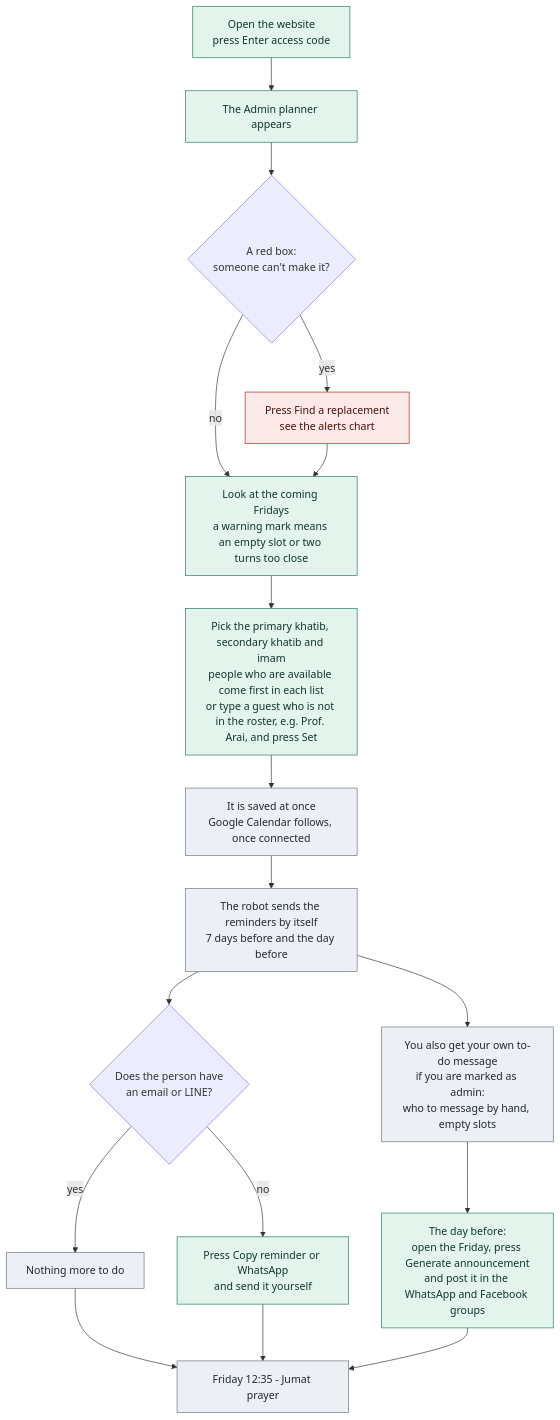
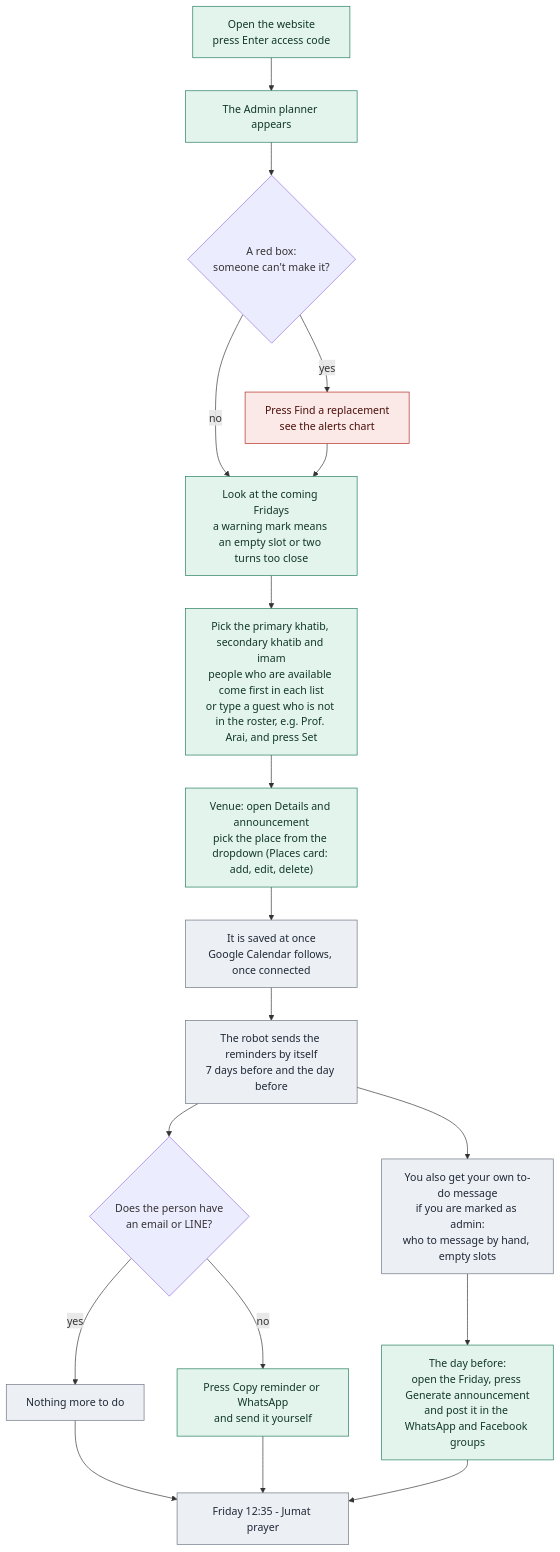
The diagram in public/flows/admin-week.mmd (mushaffarasyidridha/Jumat-Scheduler-NAIST), drawn with Mermaid before and after one commit. The commit also changed 18 other files, not shown here.

First line of the commit message:
Places: add, edit and delete the venues, and pick them from a dropdown

```diff
--- a/public/flows/admin-week.mmd
+++ b/public/flows/admin-week.mmd
@@ -1,24 +1,25 @@
 flowchart TD
   A["Open the website<br/>press Enter access code"] --> B["The Admin planner appears"]
   B --> C{"A red box:<br/>someone can't make it?"}
   C -->|"yes"| C1["Press Find a replacement<br/>see the alerts chart"]
   C -->|"no"| D
   C1 --> D["Look at the coming Fridays<br/>a warning mark means an empty slot or two turns too close"]
   D --> E["Pick the primary khatib, secondary khatib and imam<br/>people who are available come first in each list<br/>or type a guest who is not in the roster, e.g. Prof. Arai, and press Set"]
-  E --> F["It is saved at once<br/>Google Calendar follows, once connected"]
+  E --> E2["Venue: open Details and announcement<br/>pick the place from the dropdown (Places card: add, edit, delete)"]
+  E2 --> F["It is saved at once<br/>Google Calendar follows, once connected"]
   F --> G["The robot sends the reminders by itself<br/>7 days before and the day before"]
   G --> H{"Does the person have<br/>an email or LINE?"}
   H -->|"yes"| I["Nothing more to do"]
   H -->|"no"| J["Press Copy reminder or WhatsApp<br/>and send it yourself"]
   G --> K["You also get your own to-do message<br/>if you are marked as admin:<br/>who to message by hand, empty slots"]
   K --> L["The day before:<br/>open the Friday, press Generate announcement<br/>and post it in the WhatsApp and Facebook groups"]
   I --> M["Friday 12:35 - Jumat prayer"]
   J --> M
   L --> M
 
   classDef admin fill:#e3f4ec,stroke:#1f7a5c,color:#12372a
   classDef robot fill:#eceff3,stroke:#6b7280,color:#1f2937
   classDef warn fill:#fbe9e7,stroke:#b3261e,color:#4a0f0b
-  class A,B,D,E,J,L admin
+  class E2,A,B,D,E,J,L admin
   class F,G,I,K,M robot
   class C1 warn
```
